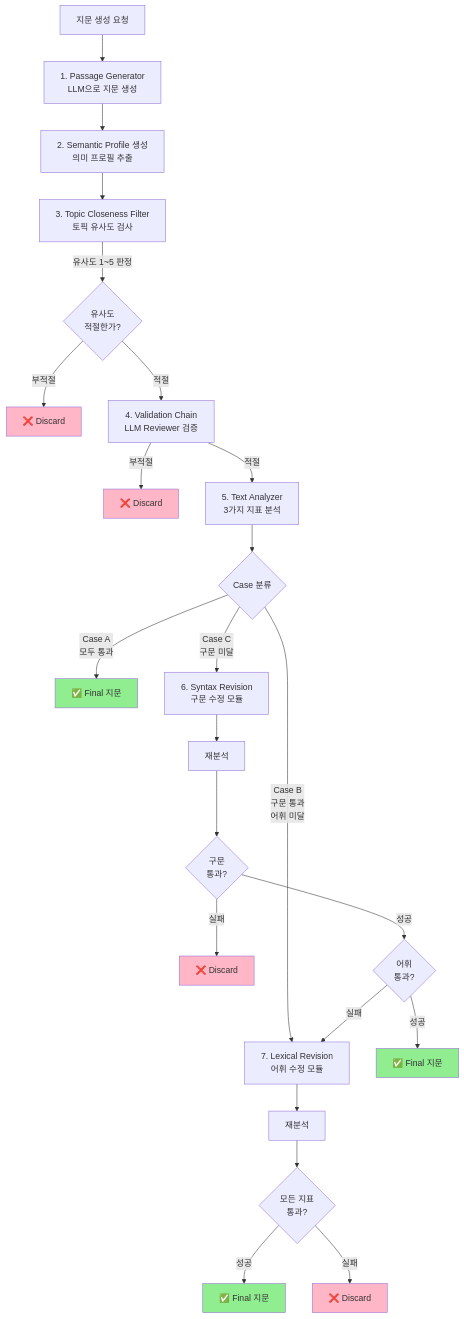
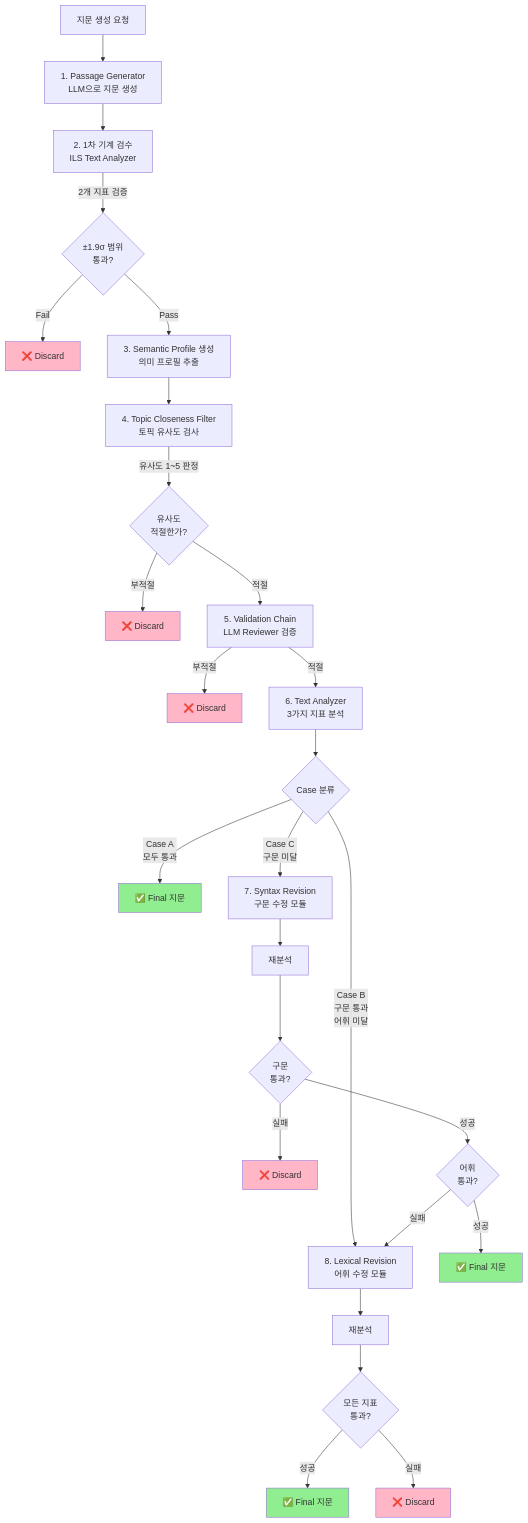
Before and after one commit to lily-kang/TFT_API_server: the first of 5 diagrams in TFT_Passage_Pipeline_Overview.md, drawn with Mermaid. The commit also changed other lines of this file and 23 other files, not shown here.

````diff
--- a/TFT_Passage_Pipeline_Overview.md
+++ b/TFT_Passage_Pipeline_Overview.md
@@ -41,39 +41,43 @@
 ```mermaid
 graph TB
     Start[지문 생성 요청] --> Gen[1. Passage Generator<br/>LLM으로 지문 생성]
-    Gen --> SP[2. Semantic Profile 생성<br/>의미 프로필 추출]
-    SP --> TC[3. Topic Closeness Filter<br/>토픽 유사도 검사]
+    Gen --> InitFilter[2. 1차 기계 검수<br/>ILS Text Analyzer]
+    InitFilter --> |2개 지표 검증| InitDecision{±1.9σ 범위<br/>통과?}
+    InitDecision --> |Fail| DiscardInit[❌ Discard]
+    InitDecision --> |Pass| SP[3. Semantic Profile 생성<br/>의미 프로필 추출]
+    SP --> TC[4. Topic Closeness Filter<br/>토픽 유사도 검사]
     TC --> |유사도 1~5 판정| TCDecision{유사도<br/>적절한가?}
     TCDecision --> |부적절| Discard1[❌ Discard]
-    TCDecision --> |적절| Validate[4. Validation Chain<br/>LLM Reviewer 검증]
+    TCDecision --> |적절| Validate[5. Validation Chain<br/>LLM Reviewer 검증]
     Validate --> |부적절| Discard2[❌ Discard]
-    Validate --> |적절| Analyze[5. Text Analyzer<br/>3가지 지표 분석]
+    Validate --> |적절| Analyze[6. Text Analyzer<br/>3가지 지표 분석]
     
     Analyze --> Decision{Case 분류}
     
     Decision --> |Case A<br/>모두 통과| Final1[✅ Final 지문]
     
-    Decision --> |Case B<br/>구문 통과<br/>어휘 미달| LexFix[7. Lexical Revision<br/>어휘 수정 모듈]
+    Decision --> |Case B<br/>구문 통과<br/>어휘 미달| LexFix[8. Lexical Revision<br/>어휘 수정 모듈]
     
-    Decision --> |Case C<br/>구문 미달| SynFix[6. Syntax Revision<br/>구문 수정 모듈]
+    Decision --> |Case C<br/>구문 미달| SynFix[7. Syntax Revision<br/>구문 수정 모듈]
     
     SynFix --> SynAnalyze[재분석]
     SynAnalyze --> SynCheck{구문<br/>통과?}
     SynCheck --> |실패| Discard3[❌ Discard]
     SynCheck --> |성공| LexCheck{어휘<br/>통과?}
     LexCheck --> |성공| Final2[✅ Final 지문]
     LexCheck --> |실패| LexFix
     
     LexFix --> LexAnalyze[재분석]
     LexAnalyze --> FinalCheck{모든 지표<br/>통과?}
     FinalCheck --> |성공| Final3[✅ Final 지문]
     FinalCheck --> |실패| Discard4[❌ Discard]
     
     style Final1 fill:#90EE90
     style Final2 fill:#90EE90
     style Final3 fill:#90EE90
+    style DiscardInit fill:#FFB6C6
     style Discard1 fill:#FFB6C6
     style Discard2 fill:#FFB6C6
     style Discard3 fill:#FFB6C6
     style Discard4 fill:#FFB6C6
 ```
````
